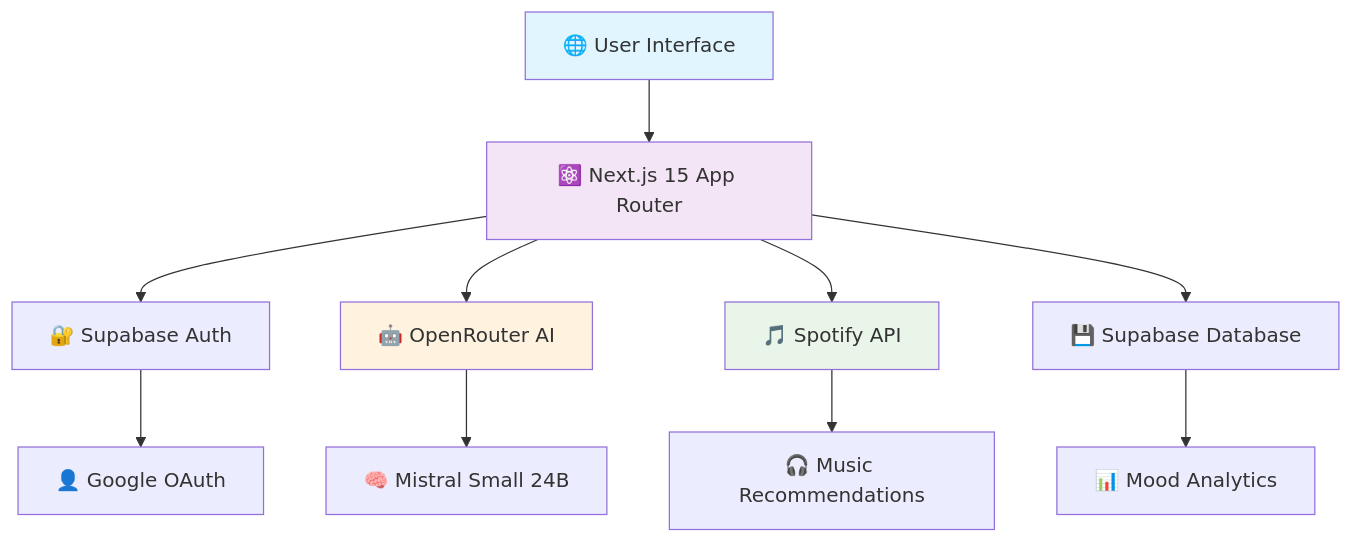
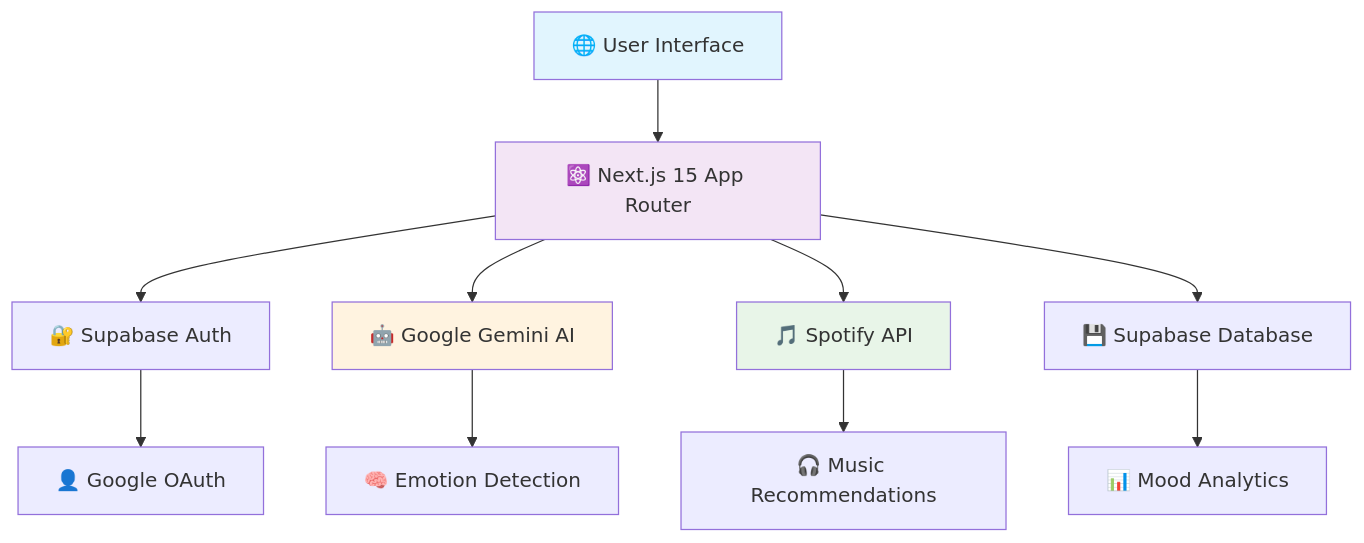
Before and after one commit to HackStyx/MoodMelody: the diagram in README.md, drawn with Mermaid. The commit also changed other lines of this file and 3 other files, not shown here.

````diff
--- a/README.md
+++ b/README.md
@@ -152,18 +153,18 @@
 ```mermaid
 graph TB
     A[🌐 User Interface] --> B[⚛️ Next.js 15 App Router]
     B --> C[🔐 Supabase Auth]
-    B --> D[🤖 OpenRouter AI]
+    B --> D[🤖 Google Gemini AI]
     B --> E[🎵 Spotify API]
     B --> F[💾 Supabase Database]
     
     C --> G[👤 Google OAuth]
-    D --> H[🧠 Mistral Small 24B]
+    D --> H[🧠 Emotion Detection]
     E --> I[🎧 Music Recommendations]
     F --> J[📊 Mood Analytics]
     
     style A fill:#e1f5fe
     style B fill:#f3e5f5
     style D fill:#fff3e0
     style E fill:#e8f5e8
 ```
````
